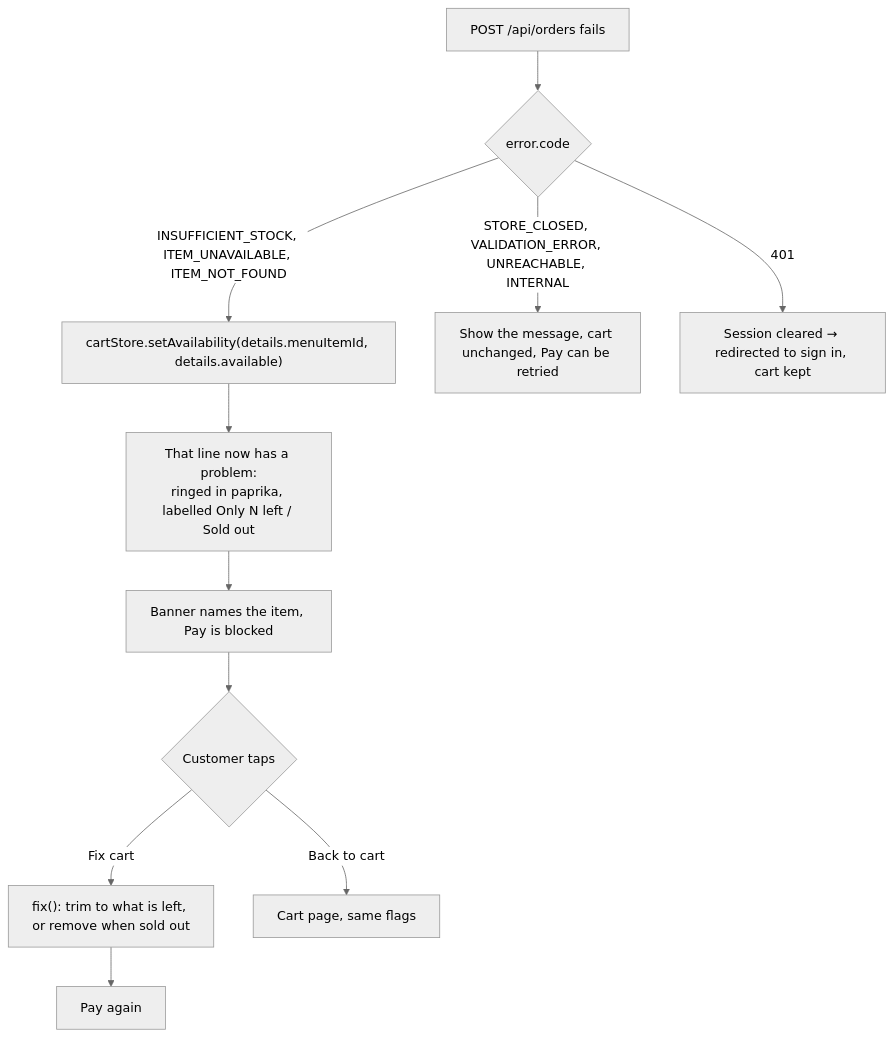
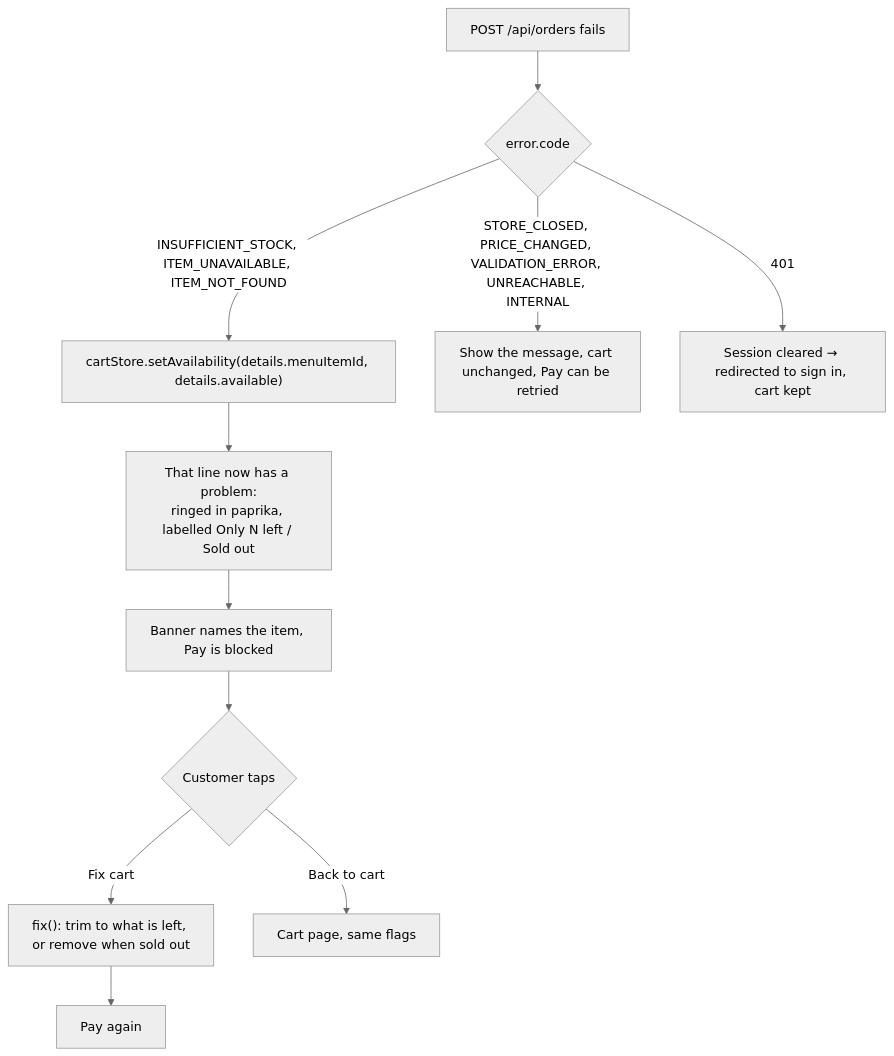
Before and after one commit to The-KhaNha/KhaNha: diagram 14 of 28 in docs/ARCHITECTURE.md, drawn with Mermaid (neutral theme). The commit also changed other lines of this file and 26 other files, not shown here.

````diff
--- a/docs/ARCHITECTURE.md
+++ b/docs/ARCHITECTURE.md
@@ -582,13 +588,13 @@
 ```mermaid
 flowchart TD
   Err["POST /api/orders fails"] --> Kind{"error.code"}
   Kind -->|"INSUFFICIENT_STOCK, ITEM_UNAVAILABLE, ITEM_NOT_FOUND"| Record["cartStore.setAvailability(details.menuItemId, details.available)"]
   Record --> Flag["That line now has a problem:<br/>ringed in paprika, labelled Only N left / Sold out"]
   Flag --> Banner["Banner names the item, Pay is blocked"]
   Banner --> Fix{"Customer taps"}
   Fix -->|"Fix cart"| Trim["fix(): trim to what is left, or remove when sold out"]
   Trim --> Retry["Pay again"]
   Fix -->|"Back to cart"| CartPage["Cart page, same flags"]
-  Kind -->|"STORE_CLOSED, VALIDATION_ERROR, UNREACHABLE, INTERNAL"| Plain["Show the message, cart unchanged, Pay can be retried"]
+  Kind -->|"STORE_CLOSED, PRICE_CHANGED, VALIDATION_ERROR, UNREACHABLE, INTERNAL"| Plain["Show the message, cart unchanged, Pay can be retried"]
   Kind -->|"401"| Session["Session cleared → redirected to sign in, cart kept"]
 ```
````
